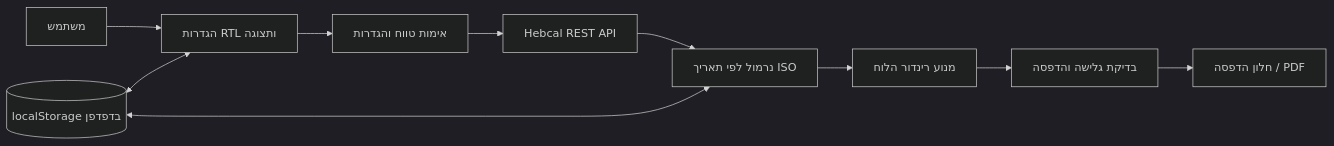
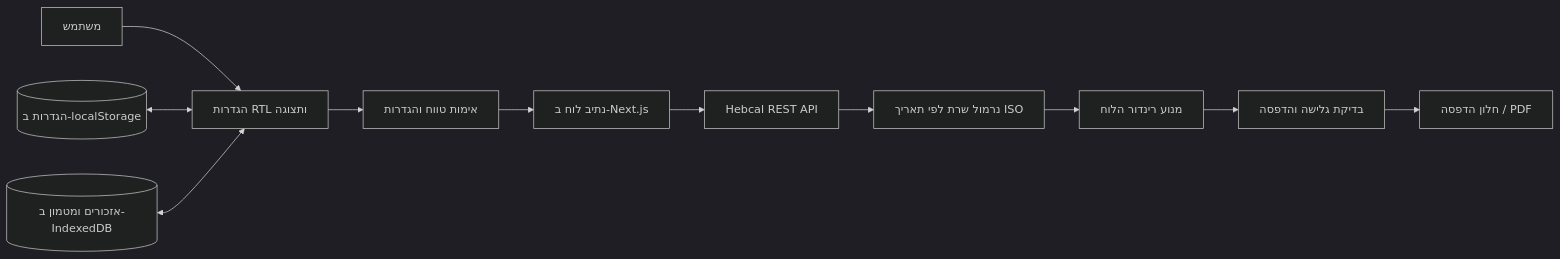
One commit to YakirBM/hebrew-calendar-studio changed the diagram in docs/SPECIFICATION_HE.md. Above: the diagram before and after it, drawn with Mermaid (dark theme). The commit also changed other lines of this file and 69 other files, not shown here.

````diff
--- a/docs/SPECIFICATION_HE.md
+++ b/docs/SPECIFICATION_HE.md
@@ -331,12 +332,13 @@
 ```mermaid
 flowchart LR
     U[משתמש] --> UI[הגדרות RTL ותצוגה]
     UI --> V[אימות טווח והגדרות]
-    V --> API[Hebcal REST API]
-    API --> N[נרמול לפי תאריך ISO]
+    V --> BFF[נתיב לוח ב-Next.js]
+    BFF --> API[Hebcal REST API]
+    API --> N[נרמול שרת לפי תאריך ISO]
     N --> R[מנוע רינדור הלוח]
-    LS[(localStorage בדפדפן)] <--> UI
-    LS <--> N
+    LS[(הגדרות ב-localStorage)] <--> UI
+    IDB[(אזכורים ומטמון ב-IndexedDB)] <--> UI
     R --> O[בדיקת גלישה והדפסה]
     O --> P[חלון הדפסה / PDF]
 ```
````
